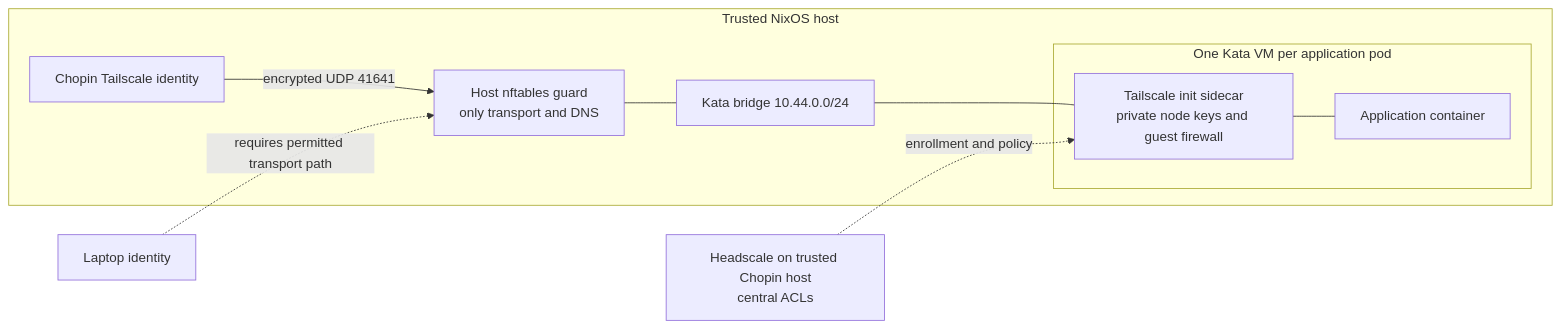
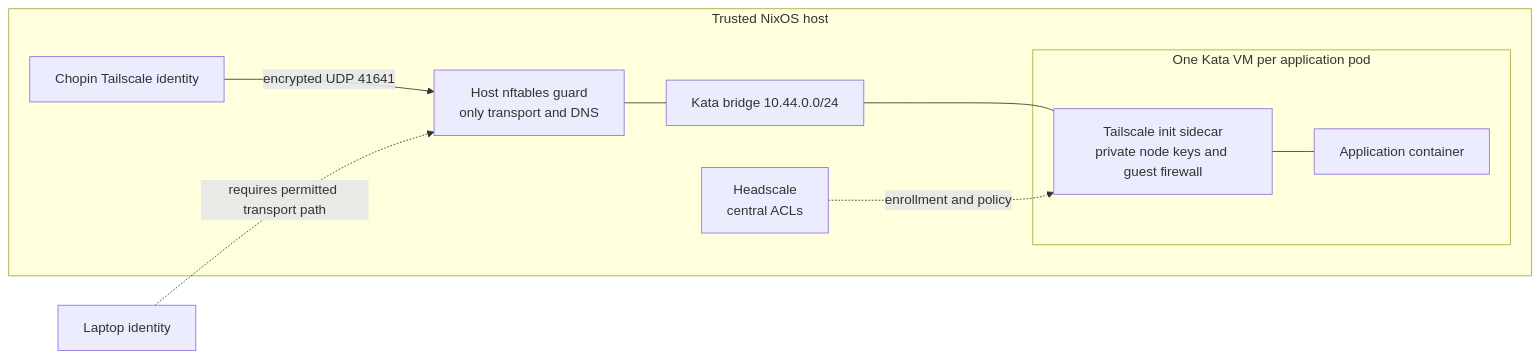
The diagram in chopin/README.md (quentin-roche/homelab), drawn with Mermaid before and after one commit. The commit also changed 1 other file, not shown here.

Commit message:
Document homelab layout and Chopin rebuild entry point

````diff
--- a/chopin/README.md
+++ b/chopin/README.md
@@ -55,20 +55,20 @@
 ```mermaid
 flowchart LR
-  H[Headscale on trusted Chopin host<br/>central ACLs]
   L[Laptop identity]
   subgraph Host[Trusted NixOS host]
+    H[Headscale<br/>central ACLs]
     G[Host nftables guard<br/>only transport and DNS]
     T[Chopin Tailscale identity]
     B[Kata bridge 10.44.0.0/24]
     subgraph VM[One Kata VM per application pod]
       S[Tailscale init sidecar<br/>private node keys and guest firewall]
       A[Application container]
       S --- A
     end
     B --- S
     G --- B
   end
   H -. enrollment and policy .-> S
   T -->|encrypted UDP 41641| G
   L -. requires permitted transport path .-> G
 ```
````
